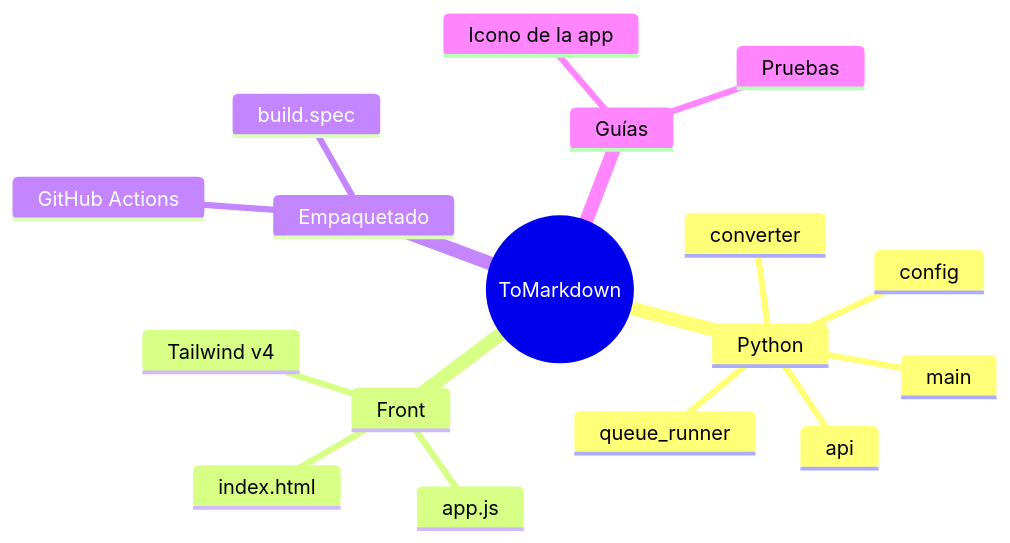
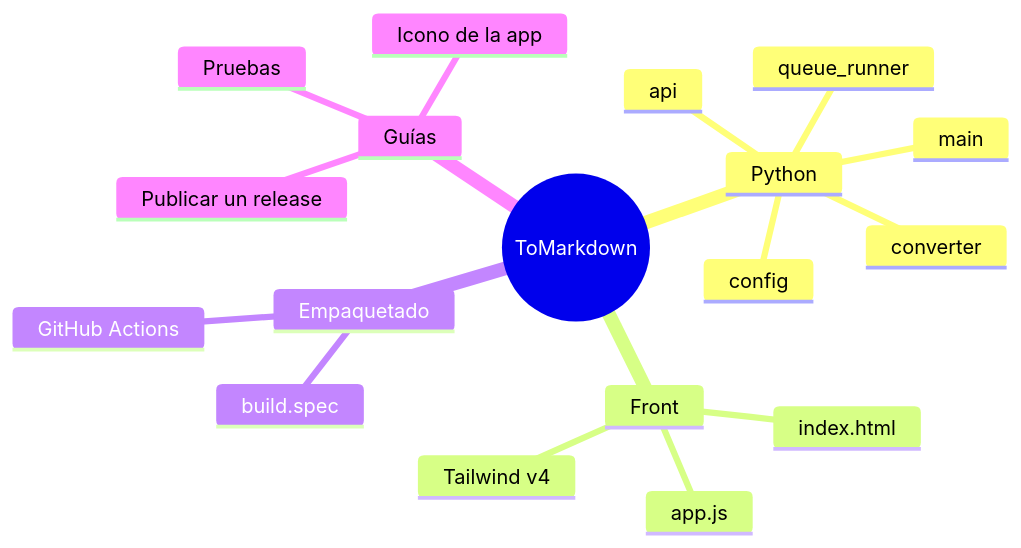
The diagram in docs/index.md (YERCKEN/tomarkdown), drawn with Mermaid before and after one commit. The commit also changed other lines of this file and 3 other files, not shown here.

First line of the commit message:
docs: guia para publicar y verificar un release

````diff
--- a/docs/index.md
+++ b/docs/index.md
@@ -31,20 +32,21 @@
 ```mermaid
 mindmap
   root((ToMarkdown))
     Python
       config
       converter
       queue_runner
       api
       main
     Front
       index.html
       app.js
       Tailwind v4
     Empaquetado
       build.spec
       GitHub Actions
     Guías
       Icono de la app
       Pruebas
+      Publicar un release
 ```
````
